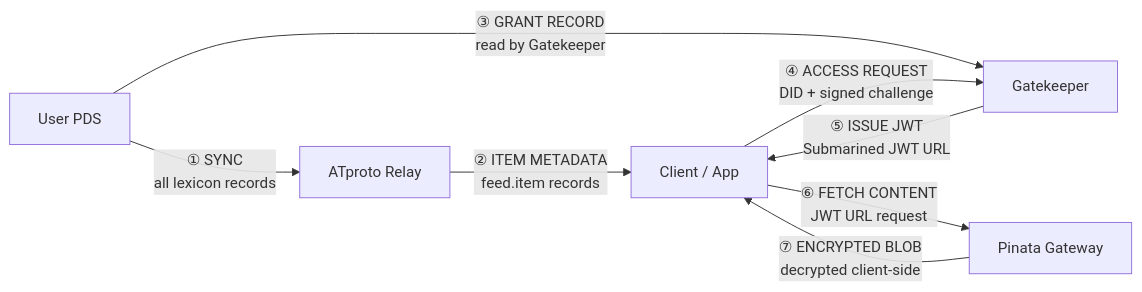
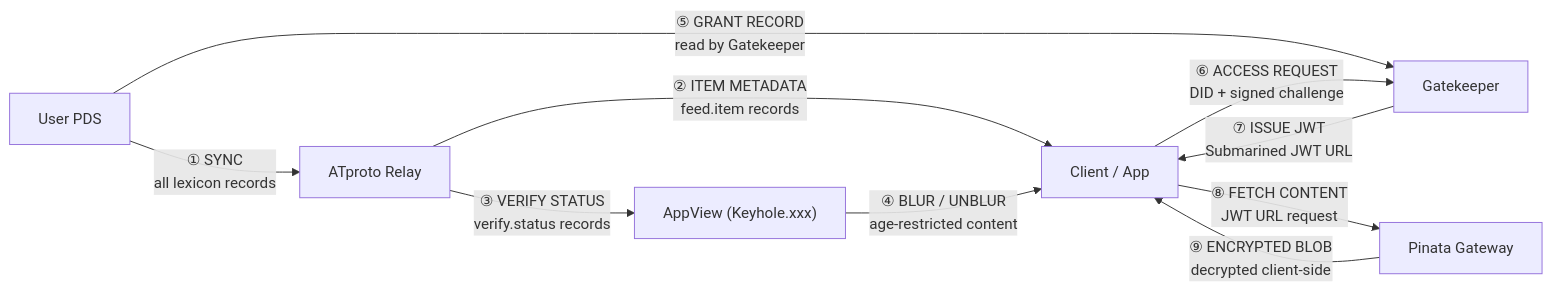
Before and after one commit to straiforos/Traiforce-Lexicon: the second of 3 diagrams in docs/architecture/05-system-overview.md, drawn with Mermaid. The commit also changed other lines of this file and 3 other files, not shown here.

Commit message:
Capture verify lexicons in architecture docs and flows

````diff
--- a/docs/architecture/05-system-overview.md
+++ b/docs/architecture/05-system-overview.md
@@ -28,16 +31,19 @@
 ```mermaid
 flowchart LR
     PDS["User PDS"]
     Relay["ATproto Relay"]
+    AV["AppView (Keyhole.xxx)"]
     GK["Gatekeeper"]
     Client["Client / App"]
     Pinata["Pinata Gateway"]
 
     PDS -->|"① SYNC<br/>all lexicon records"| Relay
     Relay -->|"② ITEM METADATA<br/>feed.item records"| Client
-    PDS -->|"③ GRANT RECORD<br/>read by Gatekeeper"| GK
-    Client -->|"④ ACCESS REQUEST<br/>DID + signed challenge"| GK
-    GK -->|"⑤ ISSUE JWT<br/>Submarined JWT URL"| Client
-    Client -->|"⑥ FETCH CONTENT<br/>JWT URL request"| Pinata
-    Pinata -->|"⑦ ENCRYPTED BLOB<br/>decrypted client-side"| Client
+    Relay -->|"③ VERIFY STATUS<br/>verify.status records"| AV
+    AV -->|"④ BLUR / UNBLUR<br/>age-restricted content"| Client
+    PDS -->|"⑤ GRANT RECORD<br/>read by Gatekeeper"| GK
+    Client -->|"⑥ ACCESS REQUEST<br/>DID + signed challenge"| GK
+    GK -->|"⑦ ISSUE JWT<br/>Submarined JWT URL"| Client
+    Client -->|"⑧ FETCH CONTENT<br/>JWT URL request"| Pinata
+    Pinata -->|"⑨ ENCRYPTED BLOB<br/>decrypted client-side"| Client
 ```
````
